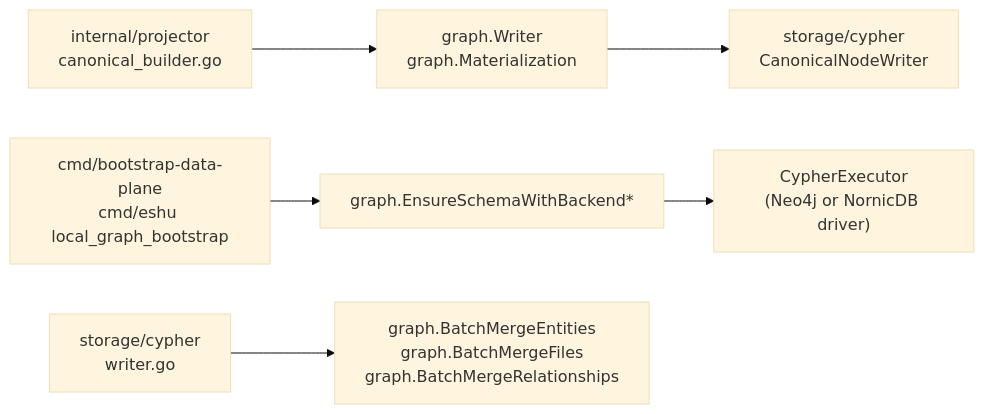
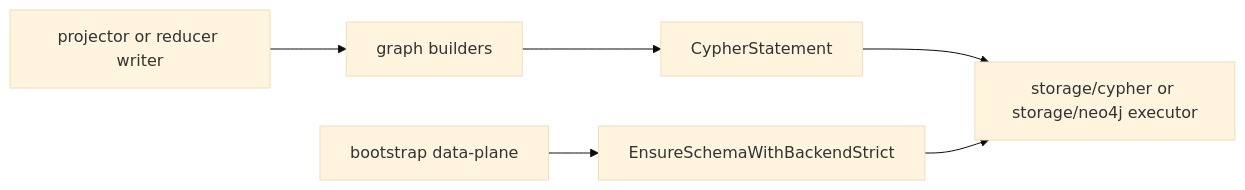
Before and after one commit to eshu-hq/eshu: the diagram in go/internal/graph/README.md, drawn with Mermaid (base theme). The commit also changed other lines of this file and 20 other files, not shown here.

````diff
--- a/go/internal/graph/README.md
+++ b/go/internal/graph/README.md
@@ -17,8 +28,8 @@
 ```mermaid
 flowchart LR
-  A["internal/projector\ncanonical_builder.go"] --> B["graph.Writer\ngraph.Materialization"]
-  B --> C["storage/cypher\nCanonicalNodeWriter"]
-  D["cmd/bootstrap-data-plane\ncmd/eshu local_graph_bootstrap"] --> E["graph.EnsureSchemaWithBackend*"]
-  E --> F["CypherExecutor\n(Neo4j or NornicDB driver)"]
-  G["storage/cypher\nwriter.go"] --> H["graph.BatchMergeEntities\ngraph.BatchMergeFiles\ngraph.BatchMergeRelationships"]
+  Projector["projector or reducer writer"] --> Graph["graph builders"]
+  Graph --> Statement["CypherStatement"]
+  Statement --> Adapter["storage/cypher or storage/neo4j executor"]
+  Bootstrap["bootstrap data-plane"] --> Schema["EnsureSchemaWithBackendStrict"]
+  Schema --> Adapter
 ```
````
